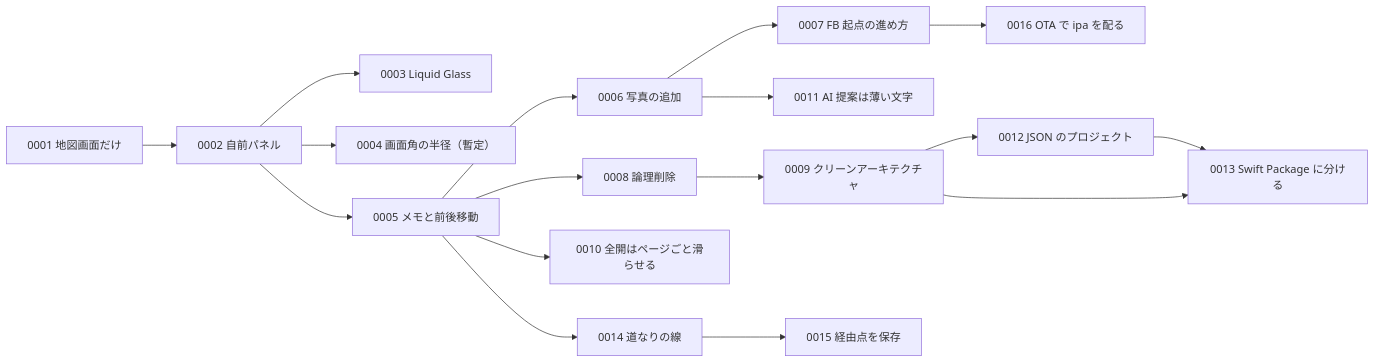
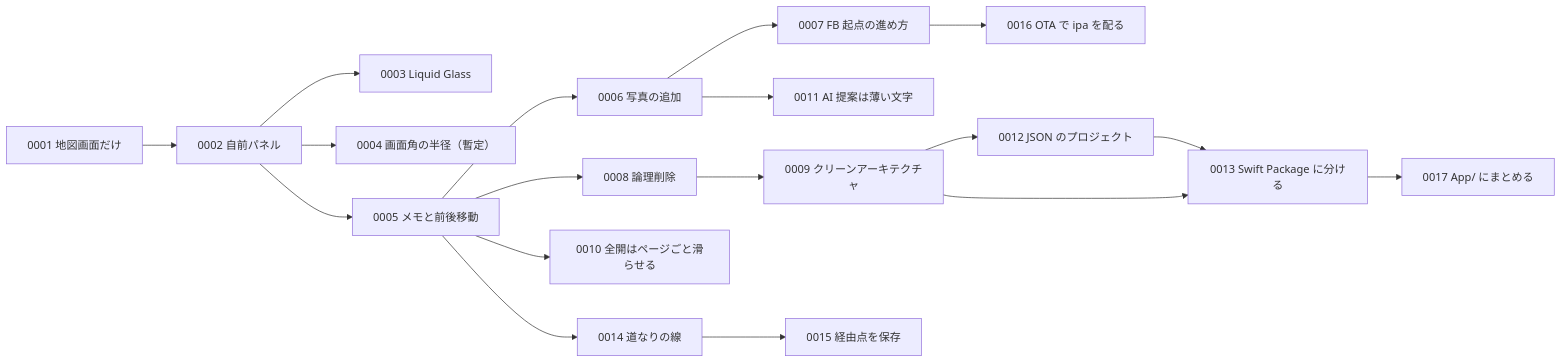
The diagram in docs/adr/README.md (akidon0000/tabi-memo), drawn with Mermaid before and after one commit. The commit also changed other lines of this file and 147 other files, not shown here.

````diff
--- a/docs/adr/README.md
+++ b/docs/adr/README.md
@@ -47,19 +48,20 @@
 ```mermaid
 flowchart LR
     0001["0001 地図画面だけ"] --> 0002["0002 自前パネル"]
     0002 --> 0003["0003 Liquid Glass"]
     0002 --> 0004["0004 画面角の半径（暫定）"]
     0002 --> 0005["0005 メモと前後移動"]
     0005 --> 0006["0006 写真の追加"]
     0006 --> 0007["0007 FB 起点の進め方"]
     0005 --> 0008["0008 論理削除"]
     0008 --> 0009["0009 クリーンアーキテクチャ"]
     0005 --> 0010["0010 全開はページごと滑らせる"]
     0006 --> 0011["0011 AI 提案は薄い文字"]
     0009 --> 0012["0012 JSON のプロジェクト"]
     0012 --> 0013["0013 Swift Package に分ける"]
     0009 --> 0013
     0005 --> 0014["0014 道なりの線"]
     0014 --> 0015["0015 経由点を保存"]
     0007 --> 0016["0016 OTA で ipa を配る"]
+    0013 --> 0017["0017 App/ にまとめる"]
 ```
````
